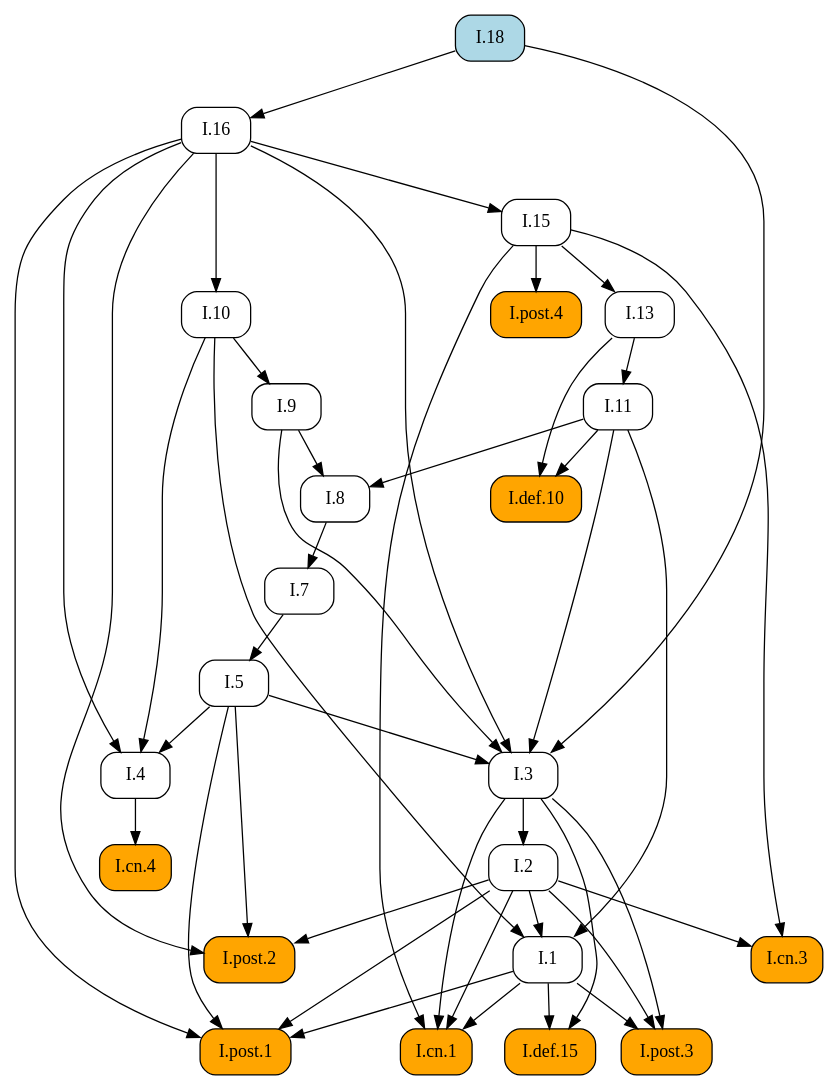
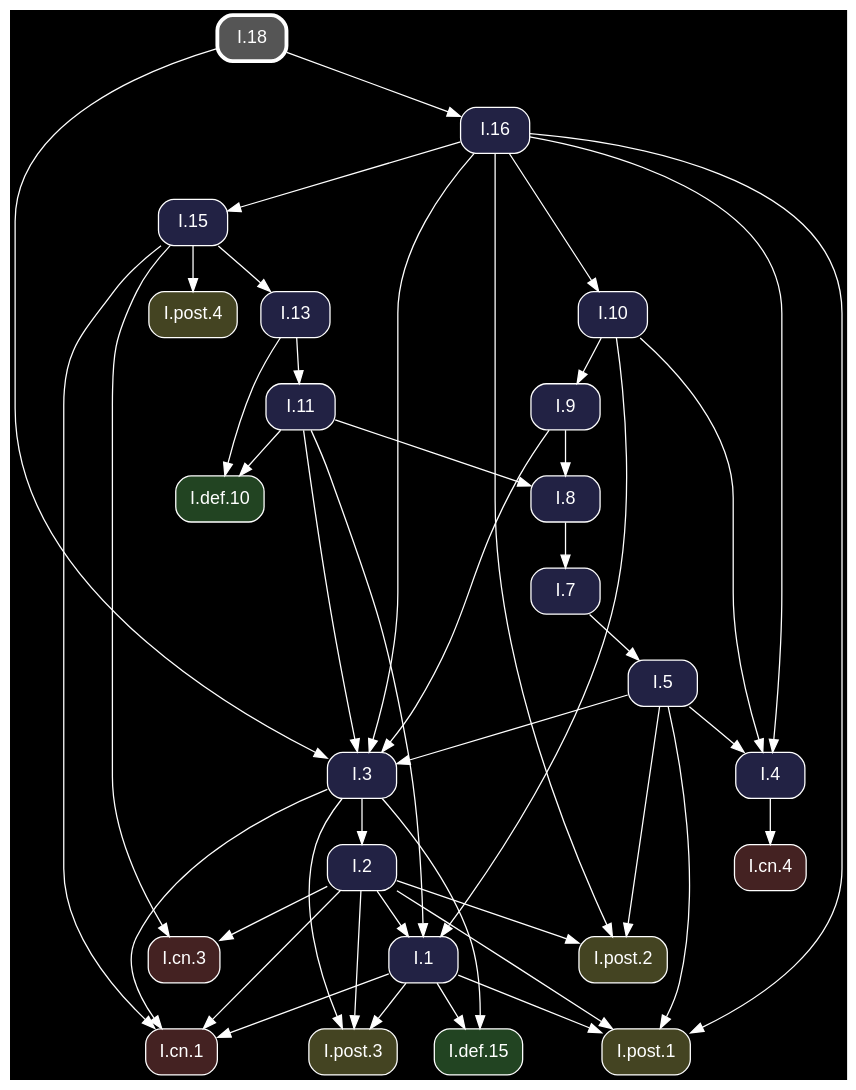
The diagram in docsrc/heath/I/18/index.rst (geometor/elements), drawn with Graphviz before and after one commit. The commit also changed other lines of this file and 1200 other files, not shown here.

Commit message:
update dependency graphs

```diff
--- a/docsrc/heath/I/18/index.rst
+++ b/docsrc/heath/I/18/index.rst
@@ -51,73 +51,75 @@
 .. graphviz::
 
    digraph {
+     bgcolor="black";
+     node [shape=box, style="rounded,filled", fontname="Helvetica", color="white", fontcolor="white"];
+     edge [color="white", fontcolor="white"];
      rankdir="TB";
-     node [shape=box, style=rounded];
-     "I.9" [URL="/heath/I/9/", target="_top"];
-     "I.cn.1" [style="rounded,filled", fillcolor=orange, URL="/heath/I/cn.1/", target="_top"];
-     "I.7" [URL="/heath/I/7/", target="_top"];
-     "I.2" [URL="/heath/I/2/", target="_top"];
-     "I.def.15" [style="rounded,filled", fillcolor=orange, URL="/heath/I/def.15/", target="_top"];
-     "I.13" [URL="/heath/I/13/", target="_top"];
-     "I.post.4" [style="rounded,filled", fillcolor=orange, URL="/heath/I/post.4/", target="_top"];
-     "I.4" [URL="/heath/I/4/", target="_top"];
-     "I.1" [URL="/heath/I/1/", target="_top"];
-     "I.post.3" [style="rounded,filled", fillcolor=orange, URL="/heath/I/post.3/", target="_top"];
-     "I.post.1" [style="rounded,filled", fillcolor=orange, URL="/heath/I/post.1/", target="_top"];
-     "I.5" [URL="/heath/I/5/", target="_top"];
-     "I.8" [URL="/heath/I/8/", target="_top"];
-     "I.cn.3" [style="rounded,filled", fillcolor=orange, URL="/heath/I/cn.3/", target="_top"];
-     "I.16" [URL="/heath/I/16/", target="_top"];
-     "I.def.10" [style="rounded,filled", fillcolor=orange, URL="/heath/I/def.10/", target="_top"];
-     "I.15" [URL="/heath/I/15/", target="_top"];
-     "I.18" [style="rounded,filled", fillcolor=lightblue, URL="/heath/I/18/", target="_top"];
-     "I.10" [URL="/heath/I/10/", target="_top"];
-     "I.11" [URL="/heath/I/11/", target="_top"];
-     "I.cn.4" [style="rounded,filled", fillcolor=orange, URL="/heath/I/cn.4/", target="_top"];
-     "I.post.2" [style="rounded,filled", fillcolor=orange, URL="/heath/I/post.2/", target="_top"];
-     "I.3" [URL="/heath/I/3/", target="_top"];
-     "I.10" -> "I.9";
-     "I.1" -> "I.cn.1";
-     "I.2" -> "I.cn.1";
-     "I.3" -> "I.cn.1";
-     "I.15" -> "I.cn.1";
-     "I.8" -> "I.7";
-     "I.3" -> "I.2";
-     "I.1" -> "I.def.15";
-     "I.3" -> "I.def.15";
-     "I.15" -> "I.13";
-     "I.15" -> "I.post.4";
-     "I.5" -> "I.4";
-     "I.10" -> "I.4";
-     "I.16" -> "I.4";
-     "I.2" -> "I.1";
-     "I.10" -> "I.1";
-     "I.11" -> "I.1";
-     "I.1" -> "I.post.3";
-     "I.2" -> "I.post.3";
-     "I.3" -> "I.post.3";
-     "I.1" -> "I.post.1";
-     "I.2" -> "I.post.1";
-     "I.5" -> "I.post.1";
-     "I.16" -> "I.post.1";
-     "I.7" -> "I.5";
-     "I.9" -> "I.8";
-     "I.11" -> "I.8";
-     "I.2" -> "I.cn.3";
-     "I.15" -> "I.cn.3";
-     "I.18" -> "I.16";
-     "I.11" -> "I.def.10";
-     "I.13" -> "I.def.10";
-     "I.16" -> "I.15";
-     "I.16" -> "I.10";
-     "I.13" -> "I.11";
-     "I.4" -> "I.cn.4";
-     "I.2" -> "I.post.2";
-     "I.5" -> "I.post.2";
-     "I.16" -> "I.post.2";
+     "I.3" [fillcolor="#222244", URL="/heath/I/3/", target="_top"];
+     "I.post.1" [fillcolor="#444422", URL="/heath/I/post.1/", target="_top"];
+     "I.cn.1" [fillcolor="#442222", URL="/heath/I/cn.1/", target="_top"];
+     "I.def.10" [fillcolor="#224422", URL="/heath/I/def.10/", target="_top"];
+     "I.15" [fillcolor="#222244", URL="/heath/I/15/", target="_top"];
+     "I.11" [fillcolor="#222244", URL="/heath/I/11/", target="_top"];
+     "I.16" [fillcolor="#222244", URL="/heath/I/16/", target="_top"];
+     "I.cn.3" [fillcolor="#442222", URL="/heath/I/cn.3/", target="_top"];
+     "I.13" [fillcolor="#222244", URL="/heath/I/13/", target="_top"];
+     "I.2" [fillcolor="#222244", URL="/heath/I/2/", target="_top"];
+     "I.post.2" [fillcolor="#444422", URL="/heath/I/post.2/", target="_top"];
+     "I.cn.4" [fillcolor="#442222", URL="/heath/I/cn.4/", target="_top"];
+     "I.9" [fillcolor="#222244", URL="/heath/I/9/", target="_top"];
+     "I.1" [fillcolor="#222244", URL="/heath/I/1/", target="_top"];
+     "I.post.4" [fillcolor="#444422", URL="/heath/I/post.4/", target="_top"];
+     "I.8" [fillcolor="#222244", URL="/heath/I/8/", target="_top"];
+     "I.4" [fillcolor="#222244", URL="/heath/I/4/", target="_top"];
+     "I.post.3" [fillcolor="#444422", URL="/heath/I/post.3/", target="_top"];
+     "I.18" [penwidth=3, color="white", fillcolor="#555555", URL="/heath/I/18/", target="_top"];
+     "I.7" [fillcolor="#222244", URL="/heath/I/7/", target="_top"];
+     "I.def.15" [fillcolor="#224422", URL="/heath/I/def.15/", target="_top"];
+     "I.5" [fillcolor="#222244", URL="/heath/I/5/", target="_top"];
+     "I.10" [fillcolor="#222244", URL="/heath/I/10/", target="_top"];
      "I.5" -> "I.3";
      "I.9" -> "I.3";
      "I.11" -> "I.3";
      "I.16" -> "I.3";
      "I.18" -> "I.3";
+     "I.1" -> "I.post.1";
+     "I.2" -> "I.post.1";
+     "I.5" -> "I.post.1";
+     "I.16" -> "I.post.1";
+     "I.1" -> "I.cn.1";
+     "I.2" -> "I.cn.1";
+     "I.3" -> "I.cn.1";
+     "I.15" -> "I.cn.1";
+     "I.11" -> "I.def.10";
+     "I.13" -> "I.def.10";
+     "I.16" -> "I.15";
+     "I.13" -> "I.11";
+     "I.18" -> "I.16";
+     "I.2" -> "I.cn.3";
+     "I.15" -> "I.cn.3";
+     "I.15" -> "I.13";
+     "I.3" -> "I.2";
+     "I.2" -> "I.post.2";
+     "I.5" -> "I.post.2";
+     "I.16" -> "I.post.2";
+     "I.4" -> "I.cn.4";
+     "I.10" -> "I.9";
+     "I.2" -> "I.1";
+     "I.10" -> "I.1";
+     "I.11" -> "I.1";
+     "I.15" -> "I.post.4";
+     "I.9" -> "I.8";
+     "I.11" -> "I.8";
+     "I.5" -> "I.4";
+     "I.10" -> "I.4";
+     "I.16" -> "I.4";
+     "I.1" -> "I.post.3";
+     "I.2" -> "I.post.3";
+     "I.3" -> "I.post.3";
+     "I.8" -> "I.7";
+     "I.1" -> "I.def.15";
+     "I.3" -> "I.def.15";
+     "I.7" -> "I.5";
+     "I.16" -> "I.10";
    }
```
